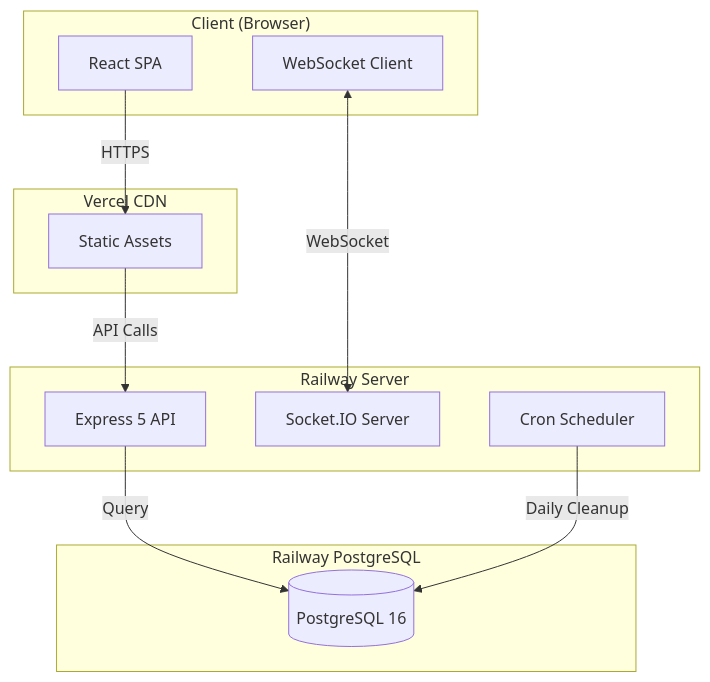
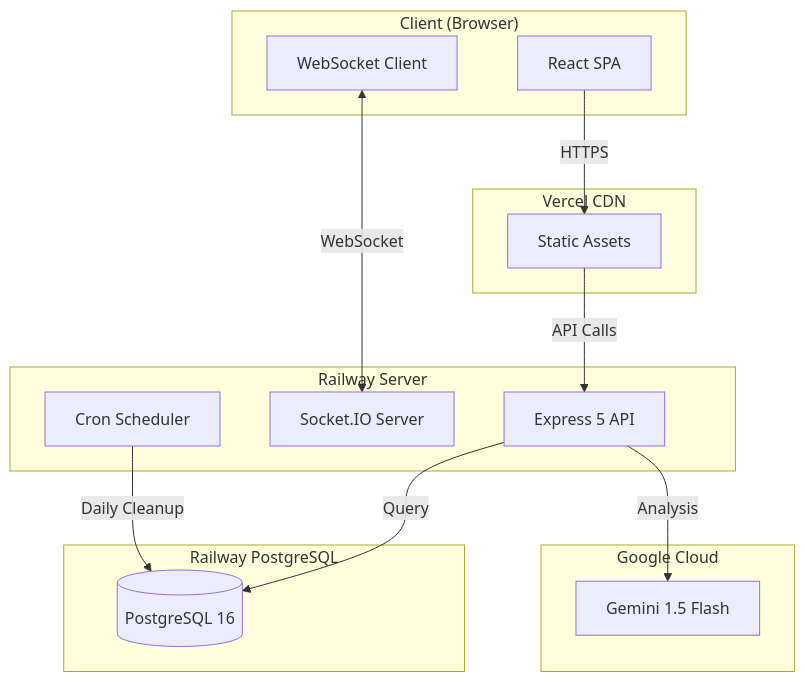
The third of 11 diagrams in README.md (doublesilver/subway-board), drawn with Mermaid before and after one commit. The commit also changed other lines of this file and 2 other files, not shown here.

````diff
--- a/README.md
+++ b/README.md
@@ -178,27 +197,32 @@
 ```mermaid
 flowchart TB
     subgraph Client["Client (Browser)"]
         ReactApp[React SPA]
         WS_Client[WebSocket Client]
     end
 
     subgraph CDN["Vercel CDN"]
         Static[Static Assets]
     end
 
     subgraph Server["Railway Server"]
         ExpressAPI[Express 5 API]
         WS_Server[Socket.IO Server]
         Scheduler[Cron Scheduler]
     end
 
+    subgraph AI_Service["Google Cloud"]
+        Gemini_API[Gemini 1.5 Flash]
+    end
+
     subgraph DB["Railway PostgreSQL"]
         PostgreSQL[(PostgreSQL 16)]
     end
 
     ReactApp -->|HTTPS| Static
     Static -->|API Calls| ExpressAPI
     WS_Client <-->|WebSocket| WS_Server
     ExpressAPI -->|Query| PostgreSQL
+    ExpressAPI -->|Analysis| Gemini_API
     Scheduler -->|Daily Cleanup| PostgreSQL
 ```
````
